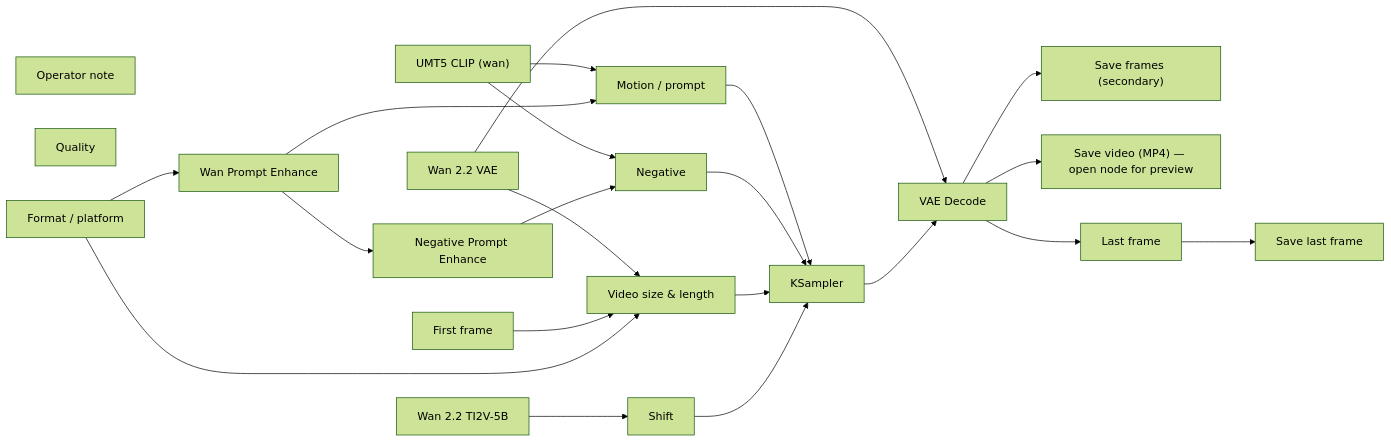
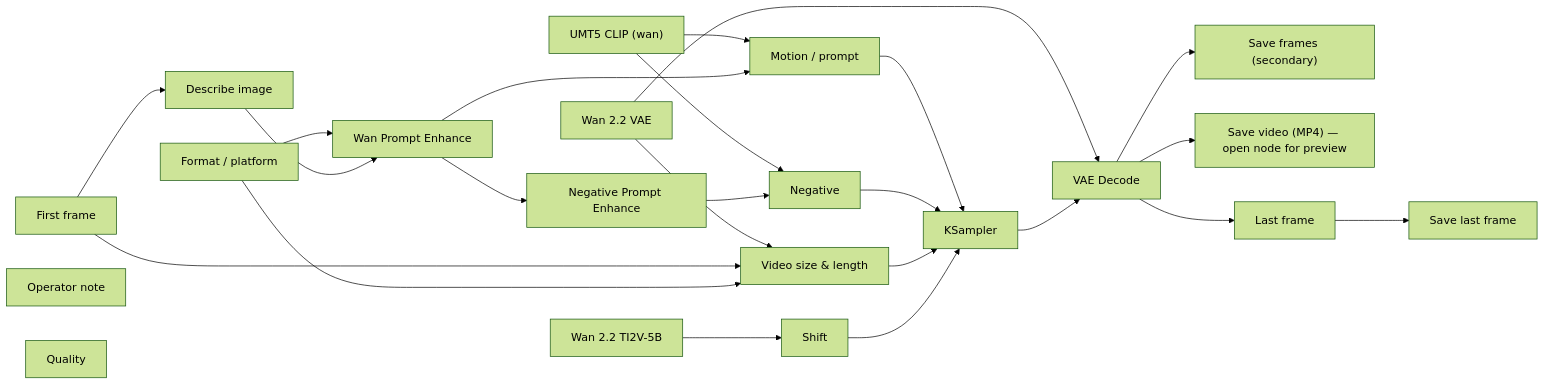
The diagram in docs/generated/workflows/motion/silent/still-to-shot.md (toxicoder/ez-comfy-stack), drawn with Mermaid (forest theme) before and after one commit. The commit also changed other lines of this file and 405 other files, not shown here.

````diff
--- a/docs/generated/workflows/motion/silent/still-to-shot.md
+++ b/docs/generated/workflows/motion/silent/still-to-shot.md
@@ -68,42 +68,45 @@
 ```mermaid
 flowchart LR
   N1["Wan 2.2 TI2V-5B"]
   N2["UMT5 CLIP (wan)"]
   N3["Wan 2.2 VAE"]
   N4["First frame"]
   N6["Motion / prompt"]
   N7["Negative"]
   N8["Video size & length"]
   N9["Shift"]
   N10["KSampler"]
   N11["VAE Decode"]
   N12["Save frames (secondary)"]
   N13["Save video (MP4) — open node for preview"]
   N14["Operator note"]
   N15["Last frame"]
   N16["Save last frame"]
   N17["Wan Prompt Enhance"]
   N18["Negative Prompt Enhance"]
   N19["Quality"]
   N20["Format / platform"]
+  N21["Describe image"]
   N1 --> N9
   N2 --> N6
   N2 --> N7
   N3 --> N8
   N3 --> N11
   N4 --> N8
+  N4 --> N21
   N6 --> N10
   N7 --> N10
   N8 --> N10
   N9 --> N10
   N10 --> N11
   N11 --> N12
   N11 --> N13
   N11 --> N15
   N15 --> N16
   N17 --> N6
   N17 --> N18
   N18 --> N7
   N20 --> N8
   N20 --> N17
+  N21 --> N17
 ```
````
